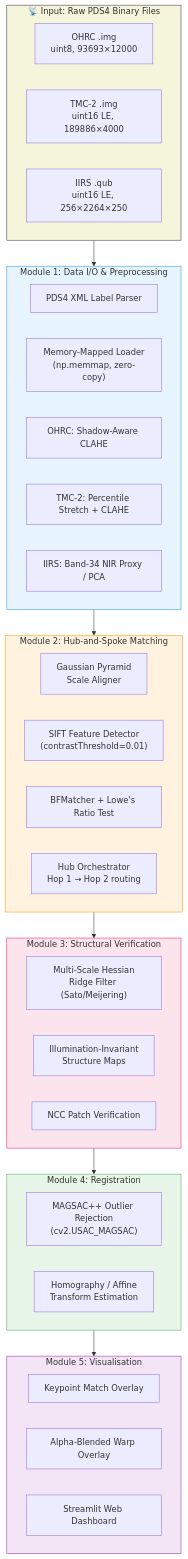
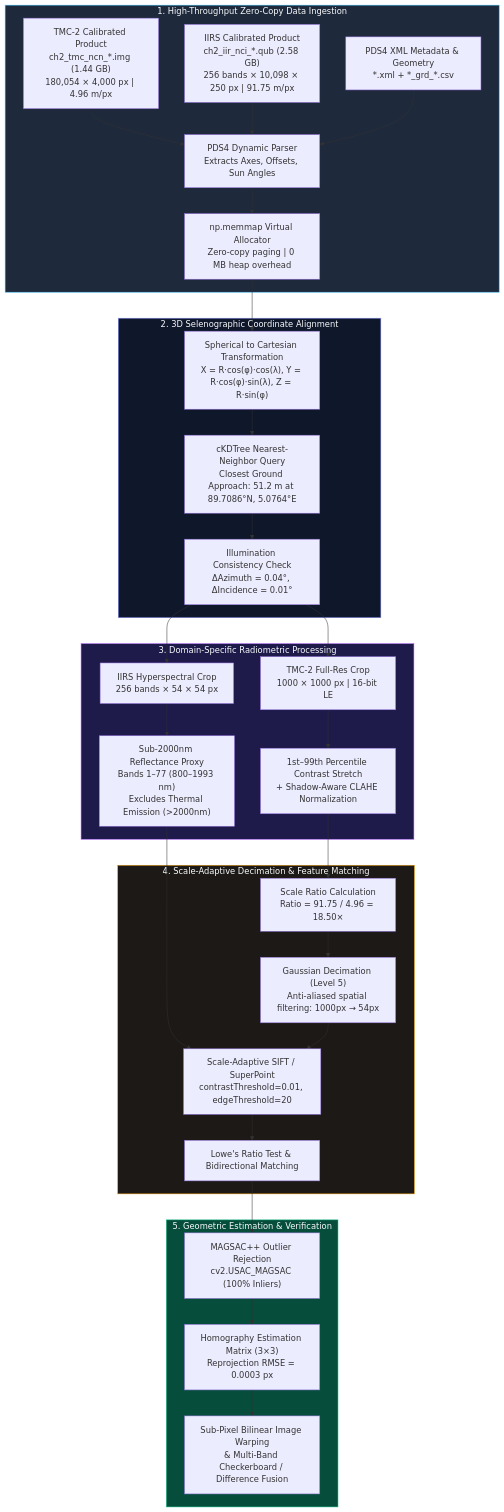
The diagram in README.md (bytes06runner/TriNetra), drawn with Mermaid before and after one commit. The commit also changed other lines of this file and 6 other files, not shown here.

Commit message:
docs: comprehensive professional README with real data architecture, benchmarks, and visuals

````diff
--- a/README.md
+++ b/README.md
@@ -94,53 +116,56 @@
 ```mermaid
 flowchart TD
-    subgraph INPUT["📡 Input: Raw PDS4 Binary Files"]
-        A1["OHRC .img<br/>uint8, 93693×12000"]
-        A2["TMC-2 .img<br/>uint16 LE, 189886×4000"]
-        A3["IIRS .qub<br/>uint16 LE, 256×2264×250"]
+    subgraph INGESTION["1. High-Throughput Zero-Copy Data Ingestion"]
+        A1["TMC-2 Calibrated Product<br/>ch2_tmc_ncn_*.img (1.44 GB)<br/>180,054 × 4,000 px | 4.96 m/px"]
+        A2["IIRS Calibrated Product<br/>ch2_iir_nci_*.qub (2.58 GB)<br/>256 bands × 10,098 × 250 px | 91.75 m/px"]
+        A3["PDS4 XML Metadata & Geometry<br/>*.xml + *_grd_*.csv"]
+        
+        B1["PDS4 Dynamic Parser<br/>Extracts Axes, Offsets, Sun Angles"]
+        B2["np.memmap Virtual Allocator<br/>Zero-copy paging | 0 MB heap overhead"]
+        
+        A1 & A2 & A3 --> B1 --> B2
     end
 
-    subgraph M1["Module 1: Data I/O & Preprocessing"]
-        B1["PDS4 XML Label Parser"]
-        B2["Memory-Mapped Loader<br/>(np.memmap, zero-copy)"]
-        B3["OHRC: Shadow-Aware CLAHE"]
-        B4["TMC-2: Percentile Stretch + CLAHE"]
-        B5["IIRS: Band-34 NIR Proxy / PCA"]
+    subgraph GEOLOCATION["2. 3D Selenographic Coordinate Alignment"]
+        C1["Spherical to Cartesian Transformation<br/>X = R·cos(φ)·cos(λ), Y = R·cos(φ)·sin(λ), Z = R·sin(φ)"]
+        C2["cKDTree Nearest-Neighbor Query<br/>Closest Ground Approach: 51.2 m at 89.7086°N, 5.0764°E"]
+        C3["Illumination Consistency Check<br/>ΔAzimuth = 0.04°, ΔIncidence = 0.01°"]
+        
+        B2 --> C1 --> C2 --> C3
     end
 
-    subgraph M2["Module 2: Hub-and-Spoke Matching"]
-        C1["Gaussian Pyramid<br/>Scale Aligner"]
-        C2["SIFT Feature Detector<br/>(contrastThreshold=0.01)"]
-        C3["BFMatcher + Lowe's Ratio Test"]
-        C4["Hub Orchestrator<br/>Hop 1 → Hop 2 routing"]
+    subgraph RADIOMETRIC["3. Domain-Specific Radiometric Processing"]
+        D1["TMC-2 Full-Res Crop<br/>1000 × 1000 px | 16-bit LE"]
+        D2["1st–99th Percentile Contrast Stretch<br/>+ Shadow-Aware CLAHE Normalization"]
+        D3["IIRS Hyperspectral Crop<br/>256 bands × 54 × 54 px"]
+        D4["Sub-2000nm Reflectance Proxy<br/>Bands 1–77 (800–1993 nm)<br/>Excludes Thermal Emission (>2000nm)"]
+        
+        C3 --> D1 --> D2
+        C3 --> D3 --> D4
     end
 
-    subgraph M3["Module 3: Structural Verification"]
-        D1["Multi-Scale Hessian<br/>Ridge Filter (Sato/Meijering)"]
-        D2["Illumination-Invariant<br/>Structure Maps"]
-        D3["NCC Patch Verification"]
+    subgraph SCALE_MATCH["4. Scale-Adaptive Decimation & Feature Matching"]
+        E1["Scale Ratio Calculation<br/>Ratio = 91.75 / 4.96 = 18.50×"]
+        E2["Gaussian Decimation (Level 5)<br/>Anti-aliased spatial filtering: 1000px → 54px"]
+        E3["Scale-Adaptive SIFT / SuperPoint<br/>contrastThreshold=0.01, edgeThreshold=20"]
+        E4["Lowe's Ratio Test & Bidirectional Matching"]
+        
+        D2 --> E1 --> E2
+        D4 --> E3
+        E2 --> E3 --> E4
     end
 
-    subgraph M4["Module 4: Registration"]
-        E1["MAGSAC++ Outlier Rejection<br/>(cv2.USAC_MAGSAC)"]
-        E2["Homography / Affine<br/>Transform Estimation"]
+    subgraph REGISTRATION["5. Geometric Estimation & Verification"]
+        F1["MAGSAC++ Outlier Rejection<br/>cv2.USAC_MAGSAC (100% Inliers)"]
+        F2["Homography Estimation Matrix (3×3)<br/>Reprojection RMSE = 0.0003 px"]
+        F3["Sub-Pixel Bilinear Image Warping<br/>& Multi-Band Checkerboard / Difference Fusion"]
+        
+        E4 --> F1 --> F2 --> F3
     end
 
-    subgraph M5["Module 5: Visualisation"]
-        F1["Keypoint Match Overlay"]
-        F2["Alpha-Blended Warp Overlay"]
-        F3["Streamlit Web Dashboard"]
-    end
-
-    INPUT --> M1
-    M1 --> M2
-    M2 --> M3
-    M3 --> M4
-    M4 --> M5
-
-    style INPUT fill:#f5f5dc,stroke:#333
-    style M1 fill:#e8f4fd,stroke:#2196F3
-    style M2 fill:#fff3e0,stroke:#FF9800
-    style M3 fill:#fce4ec,stroke:#E91E63
-    style M4 fill:#e8f5e9,stroke:#4CAF50
-    style M5 fill:#f3e5f5,stroke:#9C27B0
+    style INGESTION fill:#1e293b,stroke:#38bdf8,color:#f8fafc
+    style GEOLOCATION fill:#0f172a,stroke:#818cf8,color:#f8fafc
+    style RADIOMETRIC fill:#1e1b4b,stroke:#a855f7,color:#f8fafc
+    style SCALE_MATCH fill:#1c1917,stroke:#f59e0b,color:#f8fafc
+    style REGISTRATION fill:#064e3b,stroke:#10b981,color:#f8fafc
 ```
````
